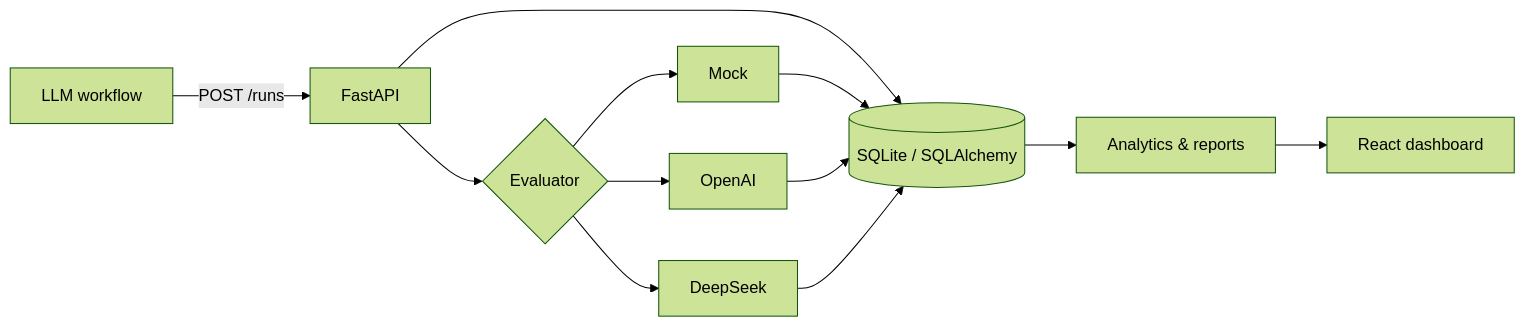
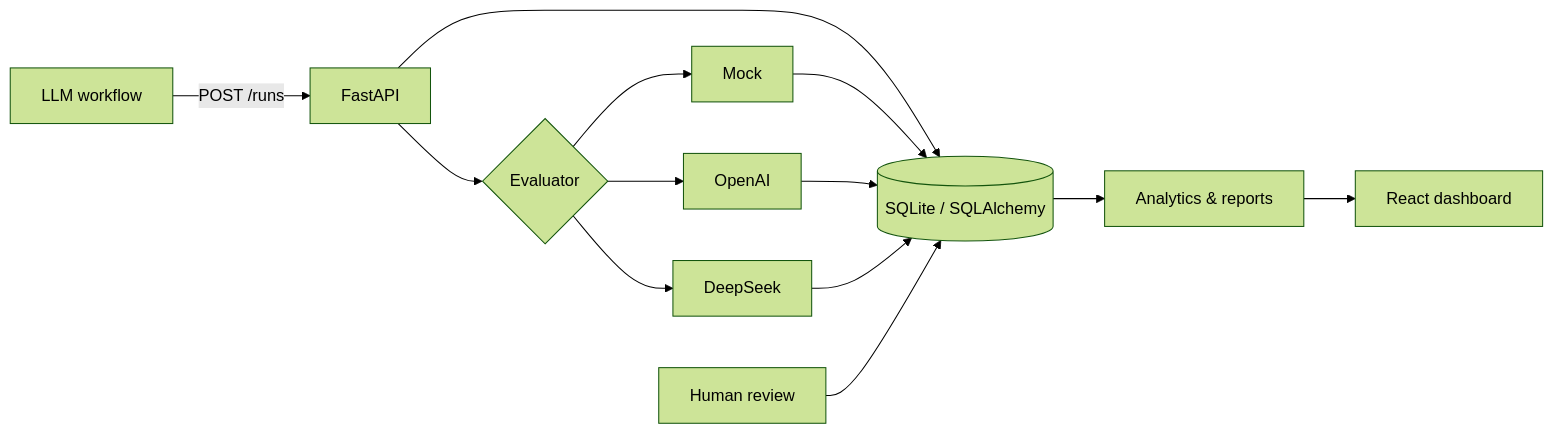
The diagram in README.md (BrownieCoder/agent-lens), drawn with Mermaid (forest theme) before and after one commit. The commit also changed other lines of this file and 24 other files, not shown here.

Commit message:
Add blind human review calibration

````diff
--- a/README.md
+++ b/README.md
@@ -97,14 +115,15 @@
 ```mermaid
 flowchart LR
     W["LLM workflow"] -->|POST /runs| A["FastAPI"]
     A --> D[("SQLite / SQLAlchemy")]
     A --> E{"Evaluator"}
     E --> M["Mock"]
     E --> O["OpenAI"]
     E --> DS["DeepSeek"]
     M --> D
     O --> D
     DS --> D
+    H["Human review"] --> D
     D --> X["Analytics & reports"]
     X --> R["React dashboard"]
 ```
````
